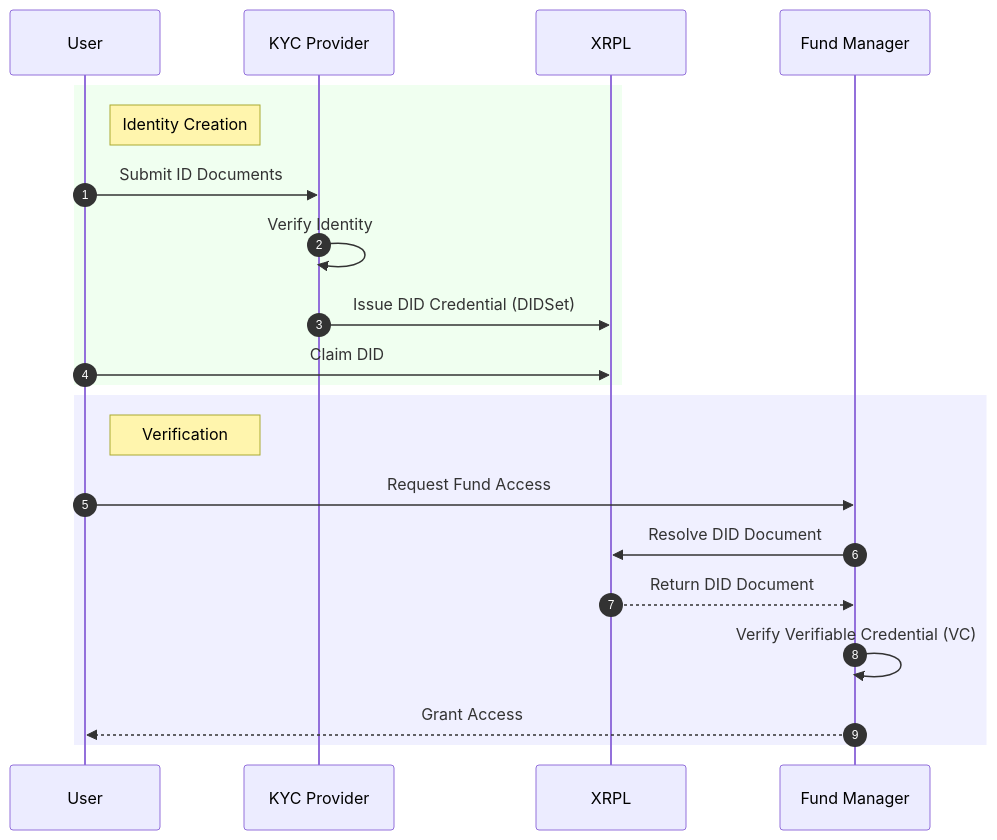
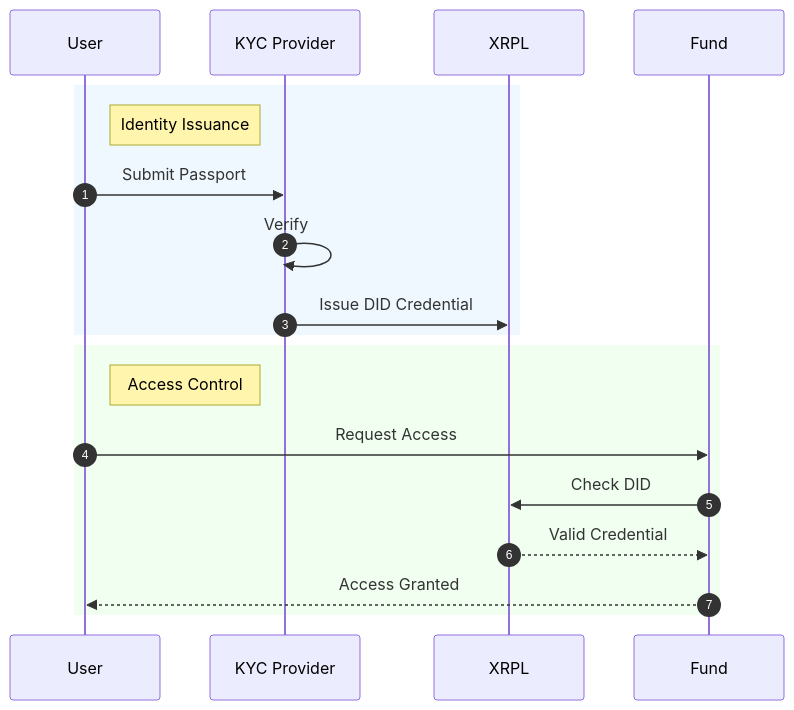
Before and after one commit to MrDecryptDecipher/xrpl-institutional-fund-management: the ninth of 17 diagrams in README.md, drawn with Mermaid. The commit also changed other lines of this file, not shown here.

Commit message:
docs: final polish of readme with high-contrast diagrams and fixes

````diff
--- a/README.md
+++ b/README.md
@@ -399,25 +348,23 @@
 ```mermaid
 sequenceDiagram
     autonumber
     participant User
     participant Issuer as KYC Provider
-    participant Ledger as XRPL
-    participant Fund as Fund Manager
+    participant XRPL
+    participant Fund
+
+    rect rgb(240, 248, 255)
+    Note right of User: Identity Issuance
+    User->>Issuer: Submit Passport
+    Issuer->>Issuer: Verify
+    Issuer->>XRPL: Issue DID Credential
+    end
 
     rect rgb(240, 255, 240)
-    Note right of User: Identity Creation
-    User->>Issuer: Submit ID Documents
-    Issuer->>Issuer: Verify Identity
-    Issuer->>Ledger: Issue DID Credential (DIDSet)
-    User->>Ledger: Claim DID
-    end
-    
-    rect rgb(240, 240, 255)
-    Note right of User: Verification
-    User->>Fund: Request Fund Access
-    Fund->>Ledger: Resolve DID Document
-    Ledger-->>Fund: Return DID Document
-    Fund->>Fund: Verify Verifiable Credential (VC)
-    Fund-->>User: Grant Access
+    Note right of User: Access Control
+    User->>Fund: Request Access
+    Fund->>XRPL: Check DID
+    XRPL-->>Fund: Valid Credential
+    Fund-->>User: Access Granted
     end
 ```
````
